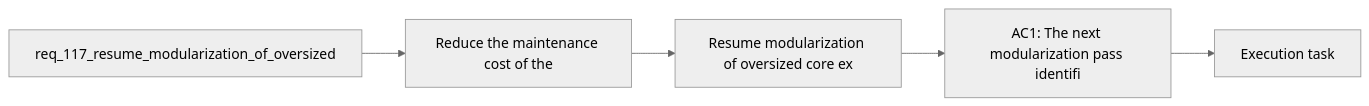
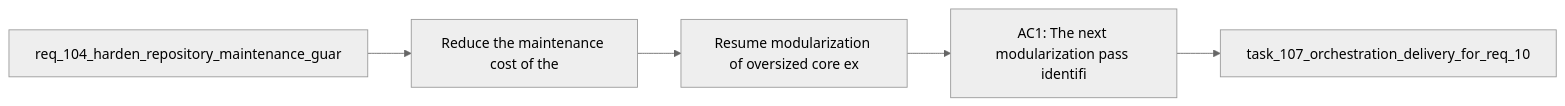
Before and after one commit to AlexAgo83/logics-manager: the diagram in logics/backlog/item_204_resume_modularization_of_oversized_core_extension_and_workflow_modules.md, drawn with Mermaid (neutral theme). The commit also changed other lines of this file and 481 other files, not shown here.

````diff
--- a/logics/backlog/item_204_resume_modularization_of_oversized_core_extension_and_workflow_modules.md
+++ b/logics/backlog/item_204_resume_modularization_of_oversized_core_extension_and_workflow_modules.md
@@ -23,9 +23,9 @@
 ```mermaid
 %% logics-kind: backlog
 %% logics-signature: backlog|resume-modularization-of-oversized-core-|req-104-harden-repository-maintenance-gu|reduce-the-maintenance-cost-of-the|ac1-the-next-modularization-pass-identif
 flowchart LR
-    Request[req_117_resume_modularization_of_oversized] --> Problem[Reduce the maintenance cost of the]
+    Request[req_104_harden_repository_maintenance_guar] --> Problem[Reduce the maintenance cost of the]
     Problem --> Scope[Resume modularization of oversized core ex]
     Scope --> Acceptance[AC1: The next modularization pass identifi]
-    Acceptance --> Tasks[Execution task]
+    Acceptance --> Tasks[task_107_orchestration_delivery_for_req_10]
 ```
````
